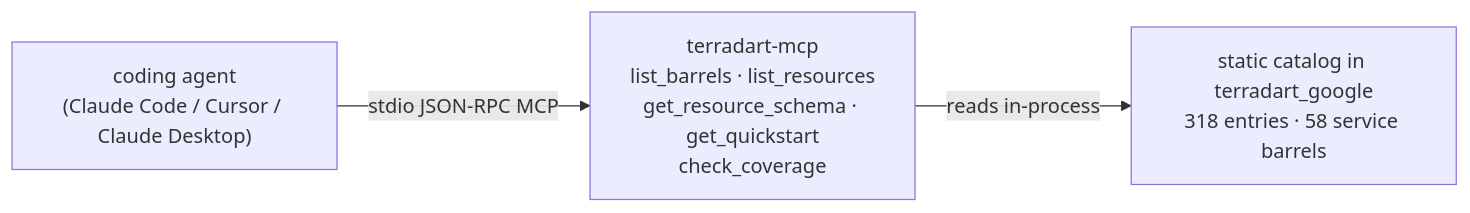
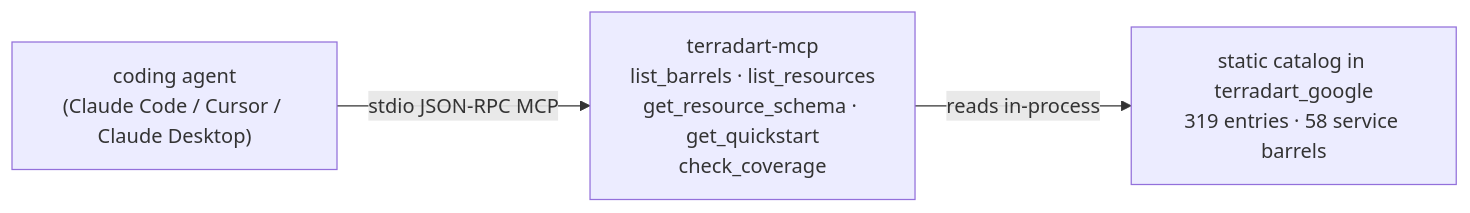
Before and after one commit to nozomi-koborinai/terradart: the diagram in website/src/content/docs/docs/agent/index.md, drawn with Mermaid. The commit also changed other lines of this file and 15 other files, not shown here.

````diff
--- a/website/src/content/docs/docs/agent/index.md
+++ b/website/src/content/docs/docs/agent/index.md
@@ -12,8 +12,8 @@
 ```mermaid
 graph LR
   agent["coding agent<br/>(Claude Code / Cursor / Claude Desktop)"]
   mcp["terradart-mcp<br/>list_barrels · list_resources<br/>get_resource_schema · get_quickstart<br/>check_coverage"]
-  catalog["static catalog in terradart_google<br/>318 entries · 58 service barrels"]
+  catalog["static catalog in terradart_google<br/>319 entries · 58 service barrels"]
   agent -->|stdio JSON-RPC MCP| mcp
   mcp -->|reads in-process| catalog
 ```
````
